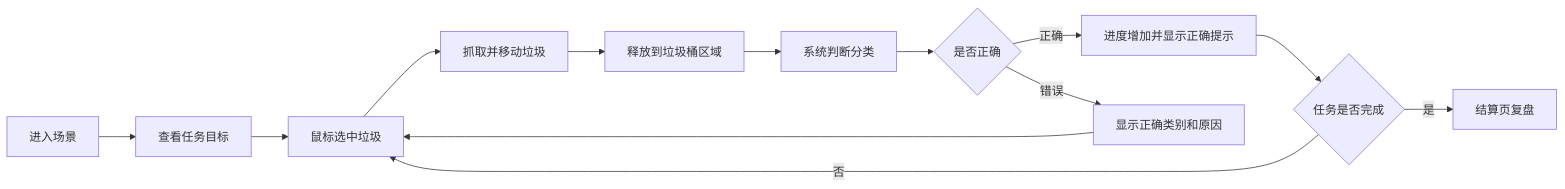
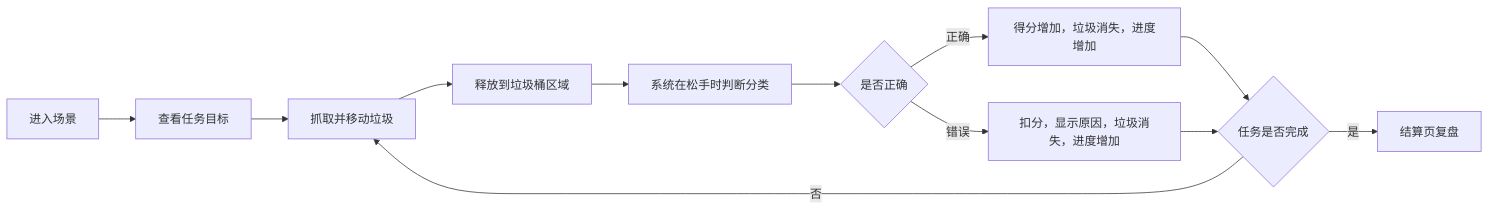
The diagram in docs/PRD.md (LiuAHao/vr-waste-sorting), drawn with Mermaid before and after one commit. The commit also changed other lines of this file and 216 other files, not shown here.

````diff
--- a/docs/PRD.md
+++ b/docs/PRD.md
@@ -57,15 +58,14 @@
 ```mermaid
 flowchart LR
     A[进入场景] --> B[查看任务目标]
-    B --> C[鼠标选中垃圾]
-    C --> D[抓取并移动垃圾]
-    D --> E[释放到垃圾桶区域]
-    E --> F[系统判断分类]
-    F --> G{是否正确}
-    G -- 正确 --> H[进度增加并显示正确提示]
-    G -- 错误 --> I[显示正确类别和原因]
-    H --> J{任务是否完成}
-    I --> C
-    J -- 否 --> C
-    J -- 是 --> K[结算页复盘]
+    B --> C[抓取并移动垃圾]
+    C --> D[释放到垃圾桶区域]
+    D --> E[系统在松手时判断分类]
+    E --> F{是否正确}
+    F -- 正确 --> G[得分增加，垃圾消失，进度增加]
+    F -- 错误 --> H[扣分，显示原因，垃圾消失，进度增加]
+    G --> I{任务是否完成}
+    H --> I
+    I -- 否 --> C
+    I -- 是 --> J[结算页复盘]
 ```
````
